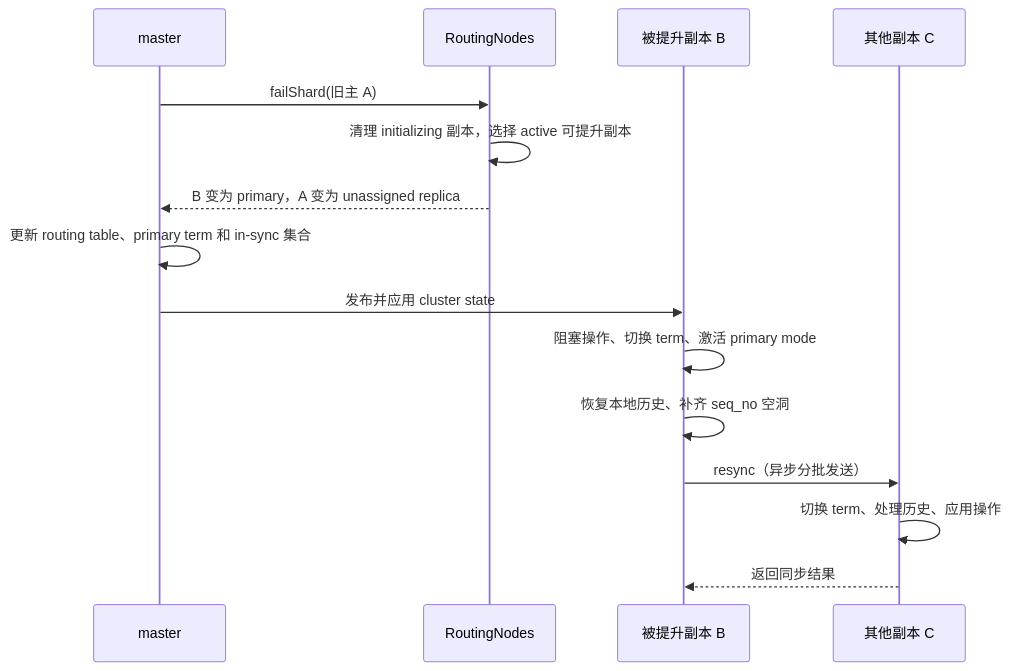
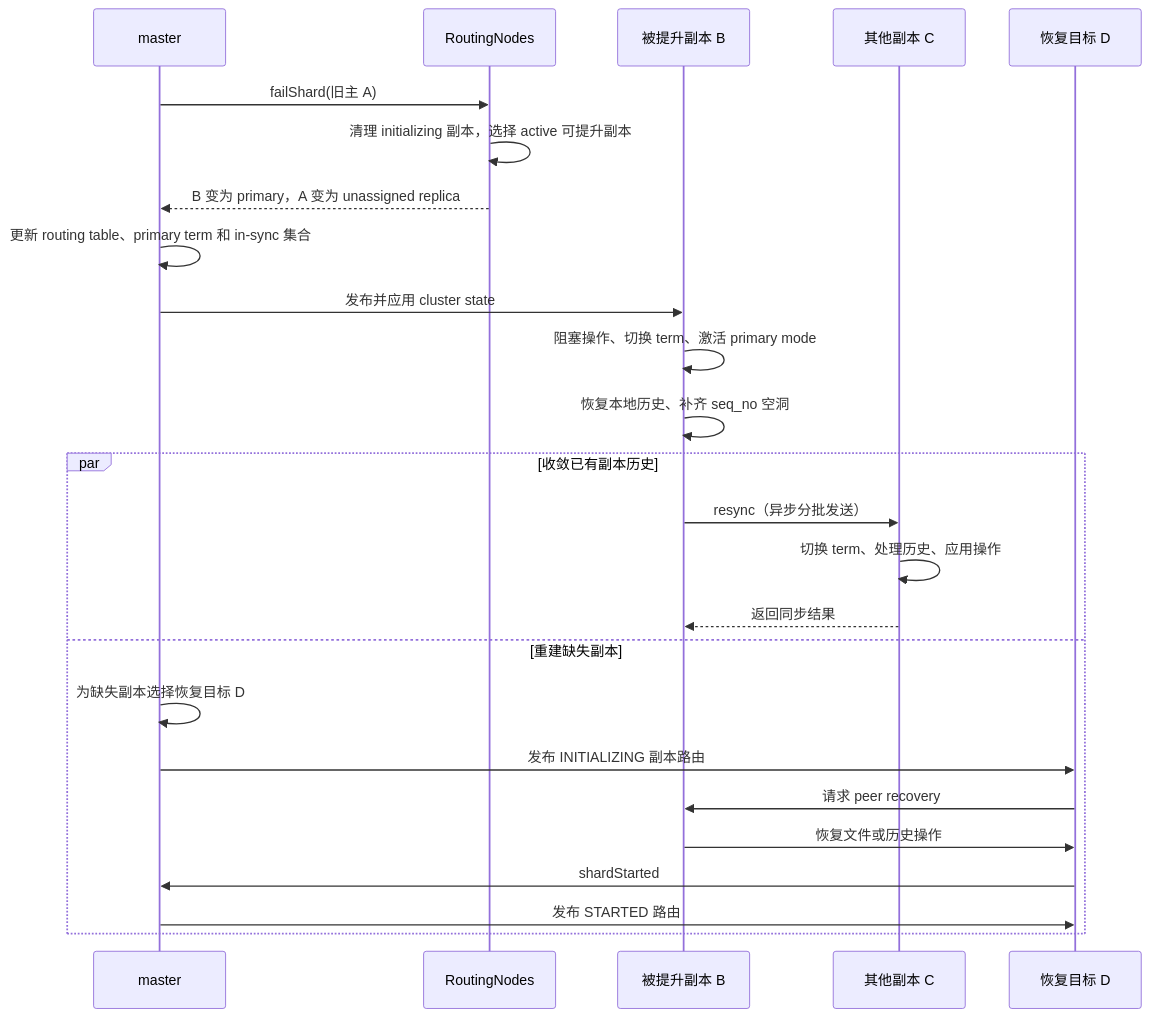
The first of 5 diagrams in ElasticSearch/replica-promotion.md (zhongyuankai/BigData), drawn with Mermaid before and after one commit. The commit also changed other lines of this file and 1 other file, not shown here.

Commit message:
docs: trace full primary shard failure and recovery lifecycle

````diff
--- a/ElasticSearch/replica-promotion.md
+++ b/ElasticSearch/replica-promotion.md
@@ -9,17 +11,27 @@
 ```mermaid
 sequenceDiagram
     participant M as master
     participant R as RoutingNodes
     participant B as 被提升副本 B
     participant C as 其他副本 C
+    participant D as 恢复目标 D
     M->>R: failShard(旧主 A)
     R->>R: 清理 initializing 副本，选择 active 可提升副本
     R-->>M: B 变为 primary，A 变为 unassigned replica
     M->>M: 更新 routing table、primary term 和 in-sync 集合
     M->>B: 发布并应用 cluster state
     B->>B: 阻塞操作、切换 term、激活 primary mode
     B->>B: 恢复本地历史、补齐 seq_no 空洞
-    B->>C: resync（异步分批发送）
+    par 收敛已有副本历史
+        B->>C: resync（异步分批发送）
     C->>C: 切换 term、处理历史、应用操作
     C-->>B: 返回同步结果
+    and 重建缺失副本
+        M->>M: 为缺失副本选择恢复目标 D
+    M->>D: 发布 INITIALIZING 副本路由
+    D->>B: 请求 peer recovery
+    B->>D: 恢复文件或历史操作
+    D->>M: shardStarted
+    M->>D: 发布 STARTED 路由
+    end
 ```
````
